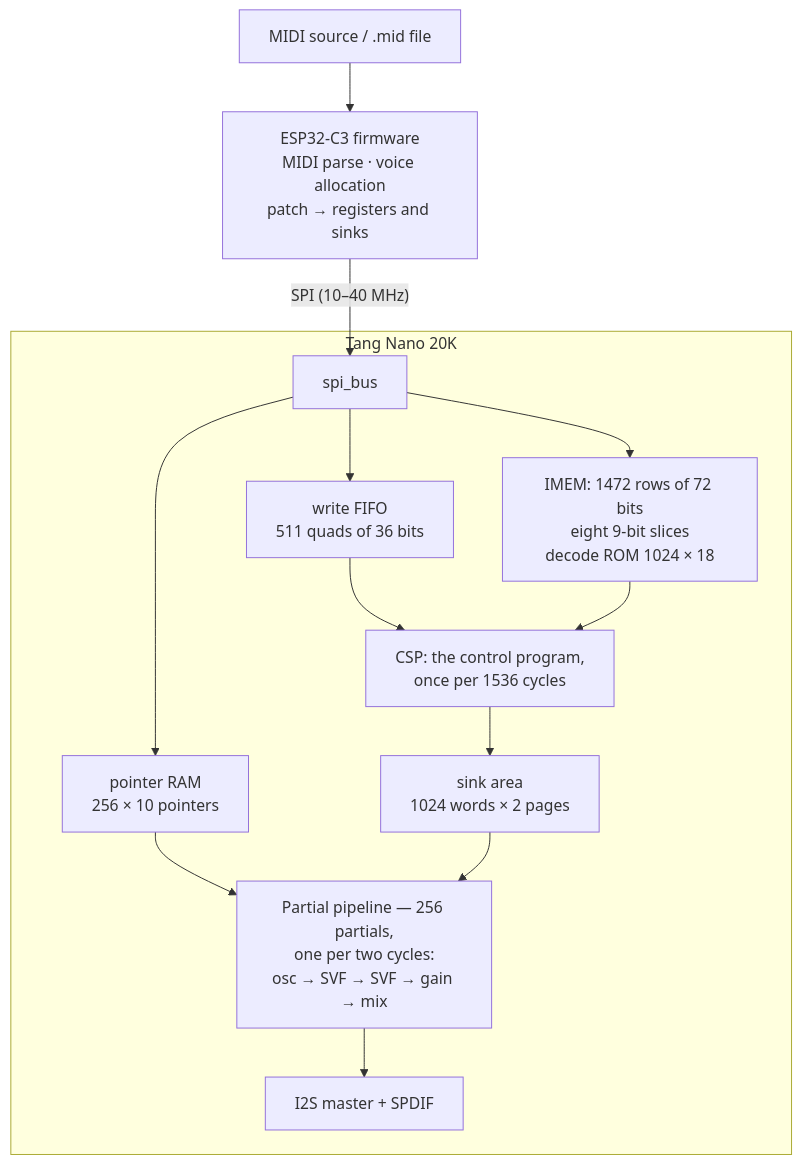
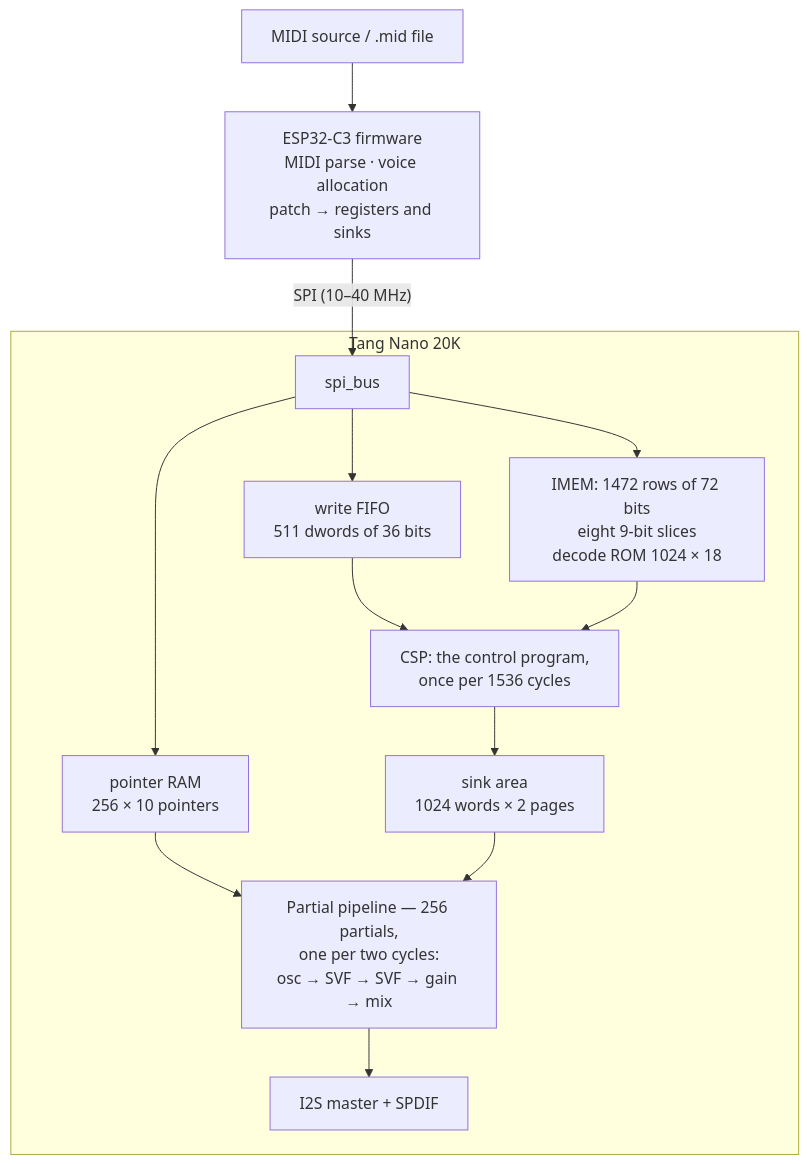
One commit to Thorwegian/noaidi-fpga-synth changed the diagram in docs/memory_map.md. Above: the diagram before and after it, drawn with Mermaid. The commit also changed other lines of this file and 28 other files, not shown here.

````diff
--- a/docs/memory_map.md
+++ b/docs/memory_map.md
@@ -38,16 +38,16 @@
 ```mermaid
 flowchart TD
     MIDI["MIDI source / .mid file"] --> ESP["ESP32-C3 firmware<br/>MIDI parse · voice allocation<br/>patch → registers and sinks"]
     ESP -- "SPI (10–40 MHz)" --> BUS["spi_bus"]
     subgraph FG["Tang Nano 20K"]
-        BUS --> Q["write FIFO<br/>511 quads of 36 bits"]
+        BUS --> Q["write FIFO<br/>511 dwords of 36 bits"]
         BUS --> PGM["IMEM: 1472 rows of 72 bits<br/>eight 9-bit slices<br/>decode ROM 1024 × 18"]
         BUS --> PTR["pointer RAM<br/>256 × 10 pointers"]
         Q --> CSP["CSP: the control program,<br/>once per 1536 cycles"]
         PGM --> CSP
         CSP --> SINKS["sink area<br/>1024 words × 2 pages"]
         PTR --> PIPE["Partial pipeline — 256 partials,<br/>one per two cycles:<br/>osc → SVF → SVF → gain → mix"]
         SINKS --> PIPE
         PIPE --> OUT["I2S master + SPDIF"]
     end
 ```
````
